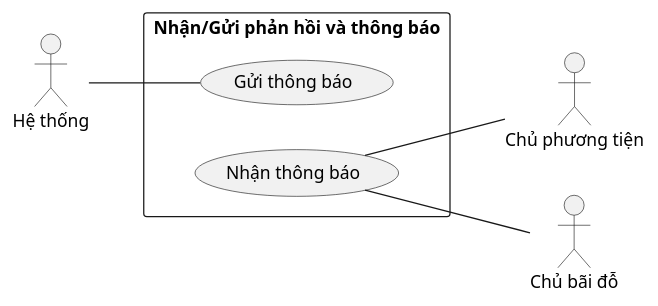
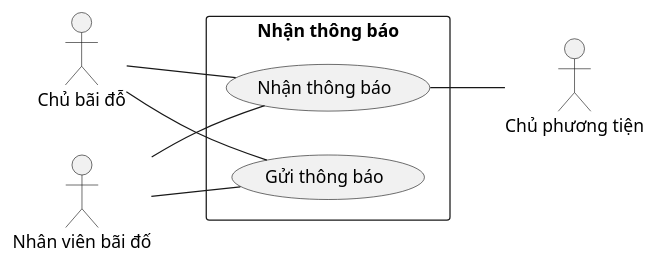
The diagram in usecase/receive_notification.wsd (hieutbui/graduation-diagram), drawn with PlantUML before and after one commit.

Commit message:
Update receive_notification

```diff
--- a/usecase/receive_notification.wsd
+++ b/usecase/receive_notification.wsd
@@ -1,19 +1,21 @@
 @startuml receive_notification
 
 left to right direction
 skinparam packageStyle rect
 
-actor "Hệ thống" as Admin
 actor "Chủ phương tiện" as VehicleOwner
 actor "Chủ bãi đỗ" as ParkingOwner
+actor "Nhân viên bãi đố" as ParkingStaff
 
-rectangle "Nhận/Gửi phản hồi và thông báo" as ReceiveNotification {
-  'Admin'
-    Admin -- (Gửi thông báo)
+rectangle "Nhận thông báo" as ReceiveNotification {
   'VehicleOwner'
-    (Nhận thông báo) -- VehicleOwner
+  (Nhận thông báo) -- VehicleOwner
   'ParkingOwner'
-    (Nhận thông báo) -- ParkingOwner
+  (Nhận thông báo) -- ParkingOwner
+  ParkingOwner -- (Gửi thông báo)
+  'ParkingStaff'
+  (Nhận thông báo) -- ParkingStaff
+  ParkingStaff -- (Gửi thông báo)
 }
 
 @enduml
```
